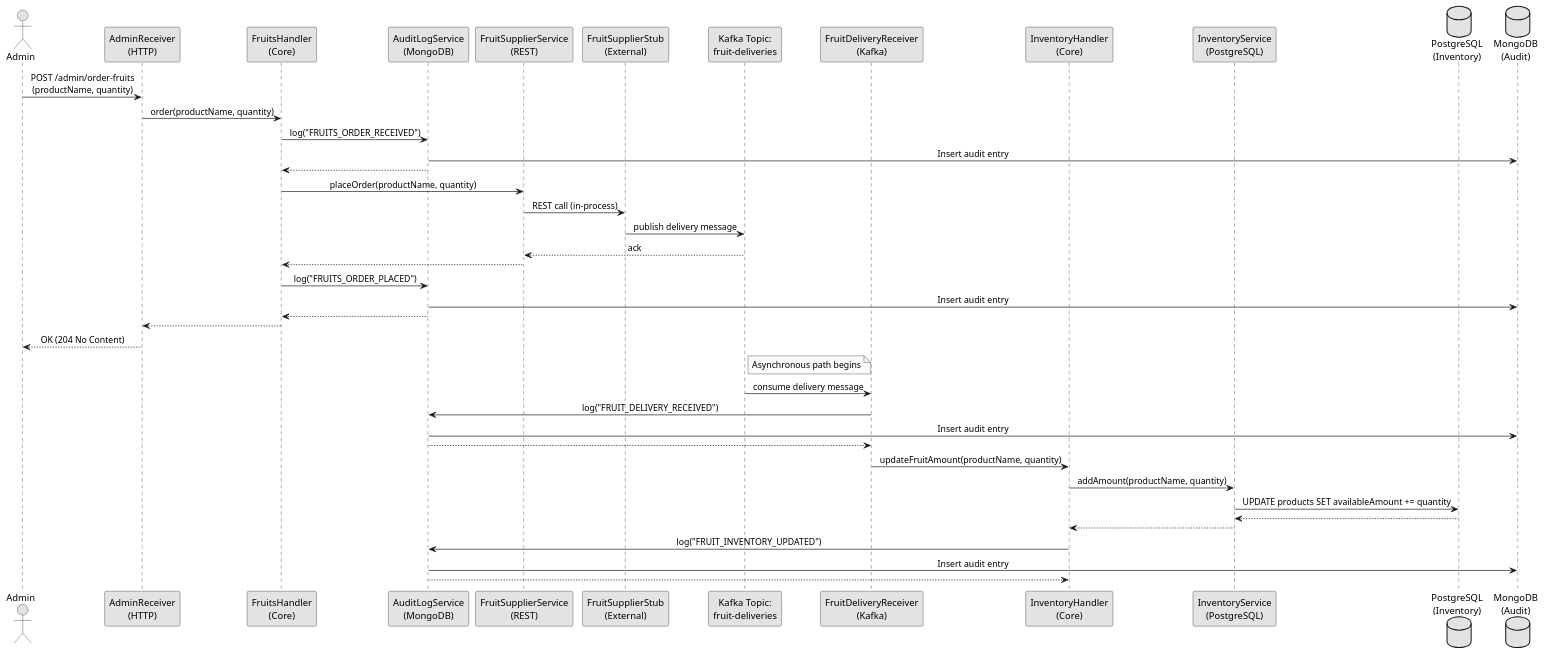
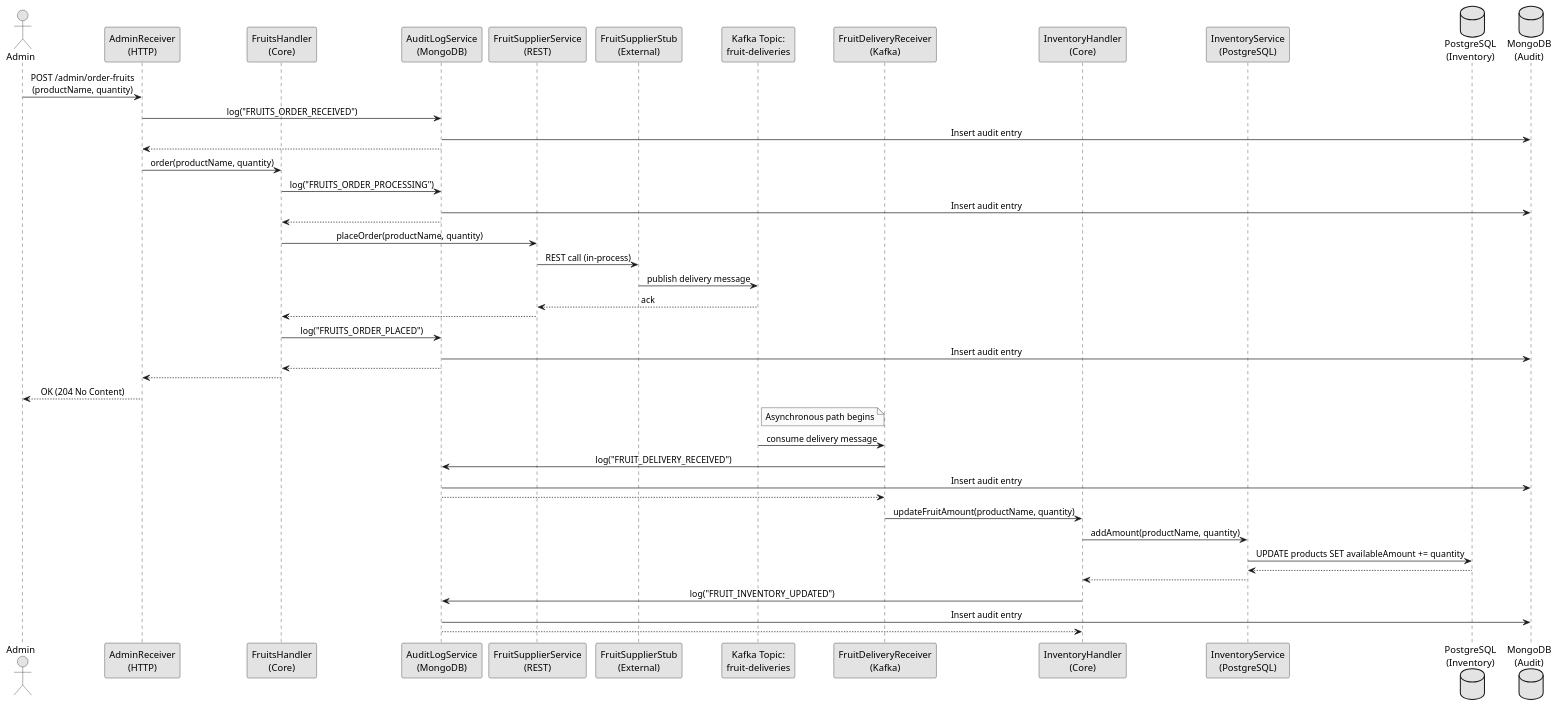
One commit to svene/2026-07-26_quarkus-hexagon-demo-mm-per-tech changed the diagram in docs/architecture/flows/admin-order-fruits.puml. Above: the diagram before and after it, drawn with PlantUML. The commit also changed 36 other files, not shown here.

```diff
--- a/docs/architecture/flows/admin-order-fruits.puml
+++ b/docs/architecture/flows/admin-order-fruits.puml
@@ -1,52 +1,55 @@
 @startuml admin_order_fruits
 skinparam monochrome true
 skinparam sequenceMessageAlign center
 skinparam backgroundColor #ffffff
 
 actor "Admin" as user
 participant "AdminReceiver\n(HTTP)" as receiver
 participant "FruitsHandler\n(Core)" as handler
 participant "AuditLogService\n(MongoDB)" as audit
 participant "FruitSupplierService\n(REST)" as service
 participant "FruitSupplierStub\n(External)" as stub
 participant "Kafka Topic:\nfruit-deliveries" as kafka_out
 participant "FruitDeliveryReceiver\n(Kafka)" as kafka_receiver
 participant "InventoryHandler\n(Core)" as inv_handler
 participant "InventoryService\n(PostgreSQL)" as inventory
 database "PostgreSQL\n(Inventory)" as db_inv
 database "MongoDB\n(Audit)" as db_audit
 
 user -> receiver: POST /admin/order-fruits\n(productName, quantity)
+receiver -> audit: log("FRUITS_ORDER_RECEIVED")
+audit -> db_audit: Insert audit entry
+audit --> receiver
 receiver -> handler: order(productName, quantity)
-handler -> audit: log("FRUITS_ORDER_RECEIVED")
+handler -> audit: log("FRUITS_ORDER_PROCESSING")
 audit -> db_audit: Insert audit entry
 audit --> handler
 handler -> service: placeOrder(productName, quantity)
 service -> stub: REST call (in-process)
 stub -> kafka_out: publish delivery message
 kafka_out --> service: ack
 service --> handler
 handler -> audit: log("FRUITS_ORDER_PLACED")
 audit -> db_audit: Insert audit entry
 audit --> handler
 handler --> receiver
 receiver --> user: OK (204 No Content)
 
 note right of kafka_out
   Asynchronous path begins
 end note
 
 kafka_out -> kafka_receiver: consume delivery message
 kafka_receiver -> audit: log("FRUIT_DELIVERY_RECEIVED")
 audit -> db_audit: Insert audit entry
 audit --> kafka_receiver
 kafka_receiver -> inv_handler: updateFruitAmount(productName, quantity)
 inv_handler -> inventory: addAmount(productName, quantity)
 inventory -> db_inv: UPDATE products SET availableAmount += quantity
 db_inv --> inventory
 inventory --> inv_handler
 inv_handler -> audit: log("FRUIT_INVENTORY_UPDATED")
 audit -> db_audit: Insert audit entry
 audit --> inv_handler
 
 @enduml
```
